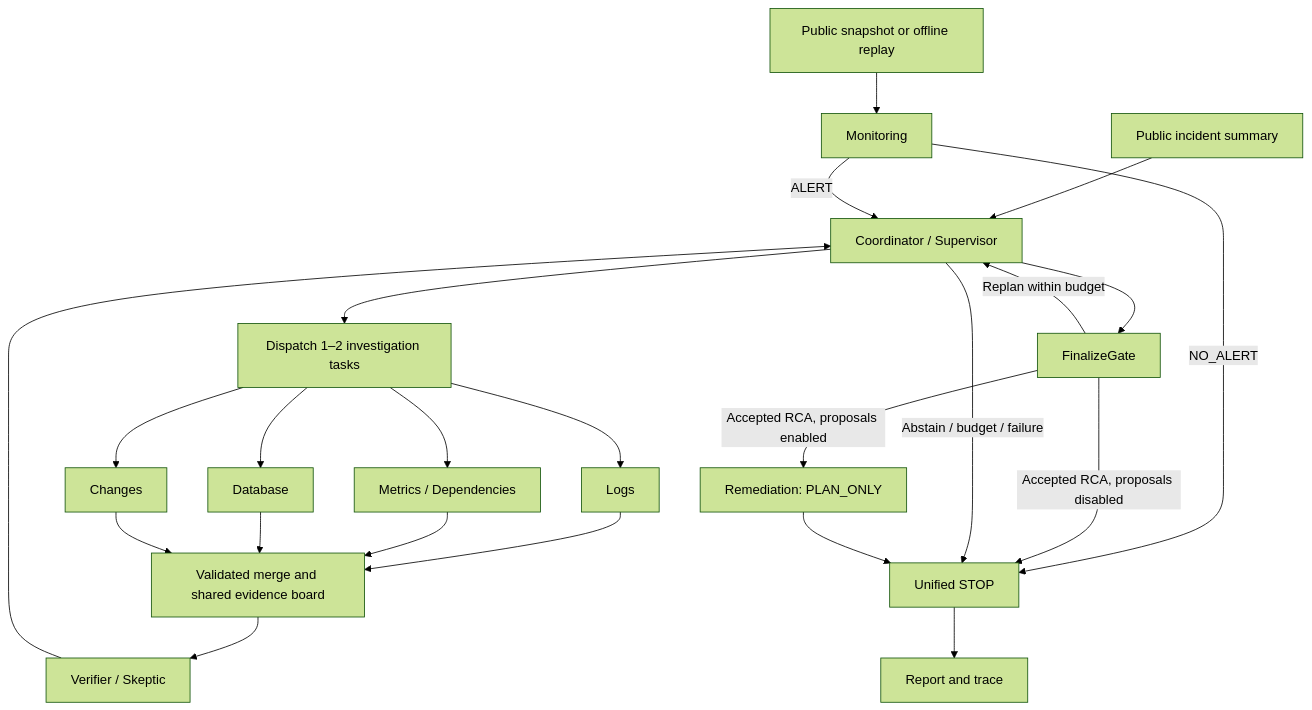
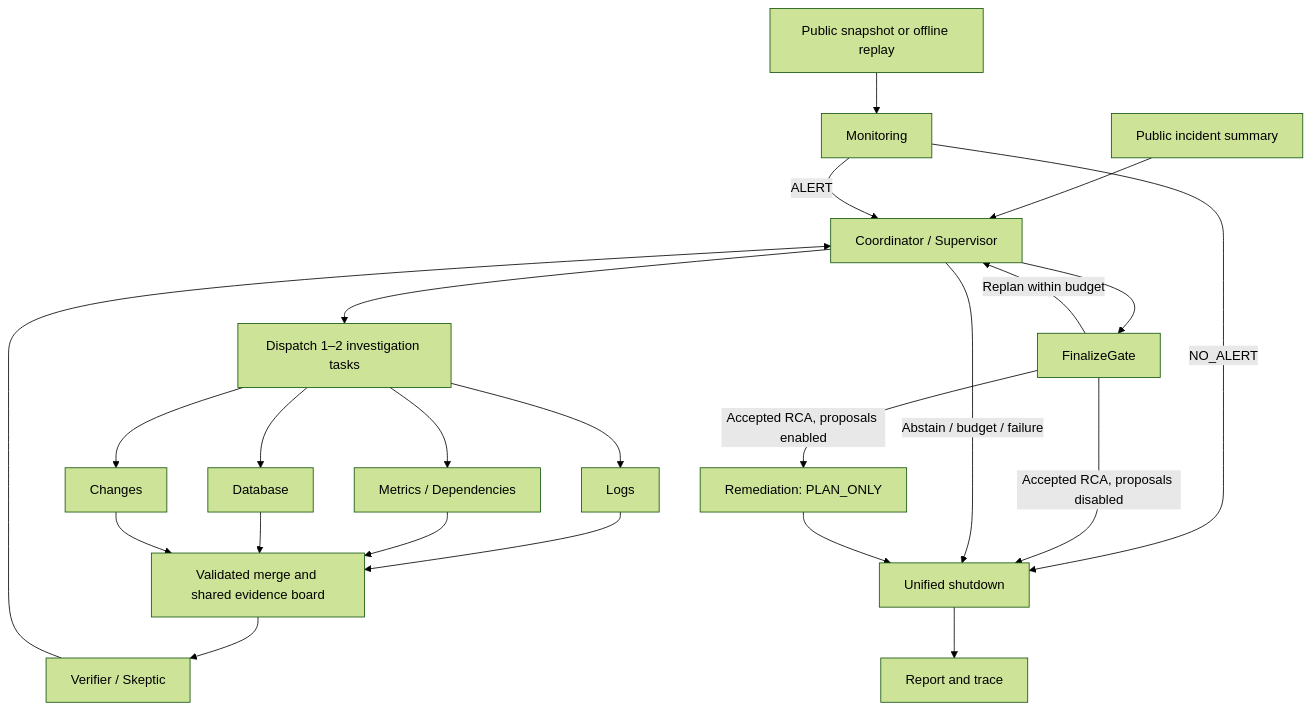
The diagram in README.md (celvelzel/IncidentLens), drawn with Mermaid (forest theme) before and after one commit. The commit also changed other lines of this file and 132 other files, not shown here.

````diff
--- a/README.md
+++ b/README.md
@@ -84,40 +84,40 @@
 ```mermaid
 flowchart TD
     I["Public incident summary"]
     P["Public snapshot or offline replay"]
     N["Monitoring"]
     C["Coordinator / Supervisor"]
     D["Dispatch 1–2 investigation tasks"]
     L["Logs"]
     M["Metrics / Dependencies"]
     DB["Database"]
     X["Changes"]
     B["Validated merge and shared evidence board"]
     V["Verifier / Skeptic"]
     G["FinalizeGate"]
     R["Remediation: PLAN_ONLY"]
-    S["Unified STOP"]
+    S["Unified shutdown"]
     O["Report and trace"]
     I --> C
     P --> N
     N -->|ALERT| C
     N -->|NO_ALERT| S
     C --> D
     D --> L
     D --> M
     D --> DB
     D --> X
     L --> B
     M --> B
     DB --> B
     X --> B
     B --> V
     V --> C
     C --> G
     G -->|Replan within budget| C
     G -->|Accepted RCA, proposals enabled| R
     G -->|Accepted RCA, proposals disabled| S
     C -->|Abstain / budget / failure| S
     R --> S
     S --> O
 ```
````
